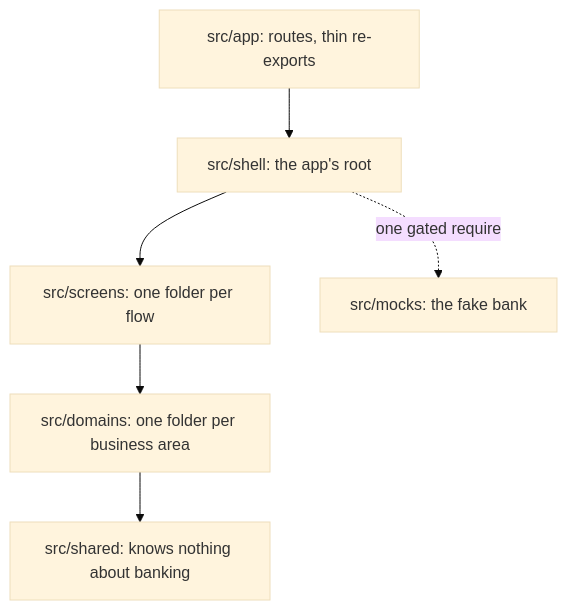
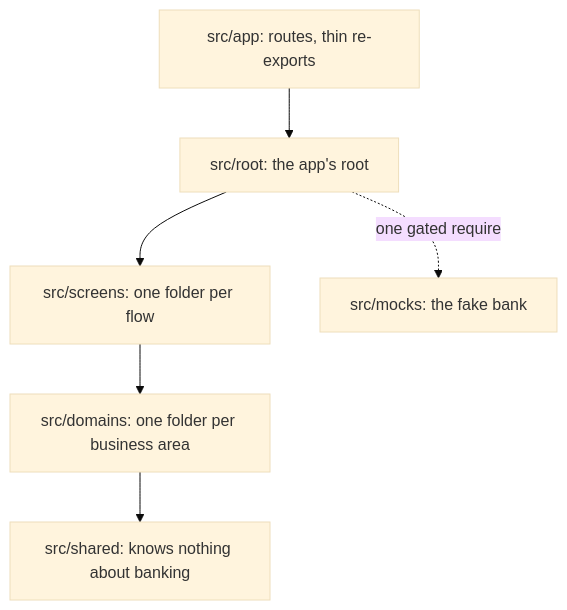
One commit to chiewwengkeat/ryt-transfer changed the second of 2 diagrams in docs/write-up.md. Above: the diagram before and after it, drawn with Mermaid (base theme). The commit also changed other lines of this file and 1 other file, not shown here.

Commit message:
docs(write-up): name the app's root and the matrix checks where the restructure put them

````diff
--- a/docs/write-up.md
+++ b/docs/write-up.md
@@ -58,8 +58,8 @@
 ```mermaid
 flowchart TD
-    app["src/app: routes, thin re-exports"] --> shell["src/shell: the app's root"]
-    shell --> screens["src/screens: one folder per flow"]
+    app["src/app: routes, thin re-exports"] --> root["src/root: the app's root"]
+    root --> screens["src/screens: one folder per flow"]
     screens --> domains["src/domains: one folder per business area"]
     domains --> shared["src/shared: knows nothing about banking"]
-    shell -.->|one gated require| mocks["src/mocks: the fake bank"]
+    root -.->|one gated require| mocks["src/mocks: the fake bank"]
 ```
````
